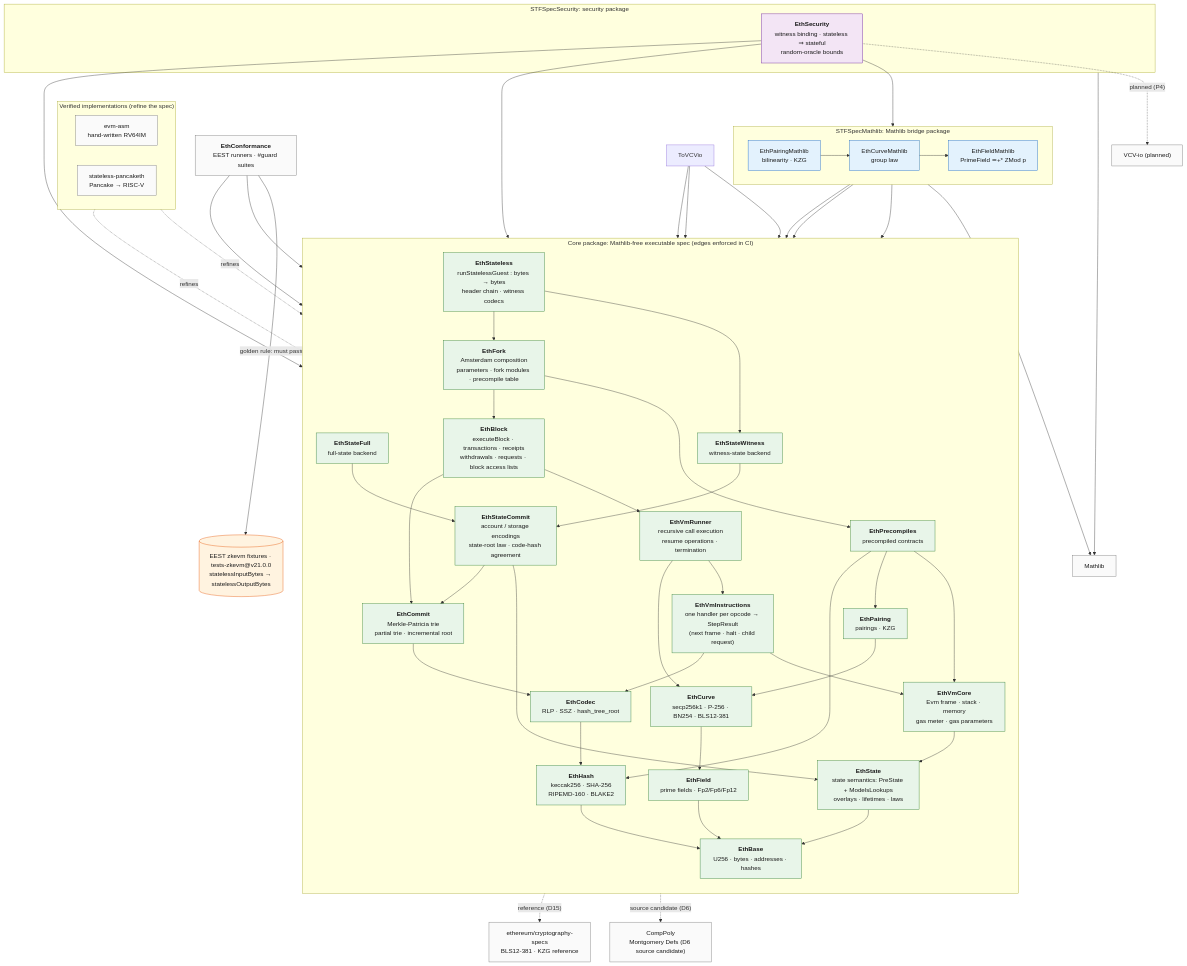
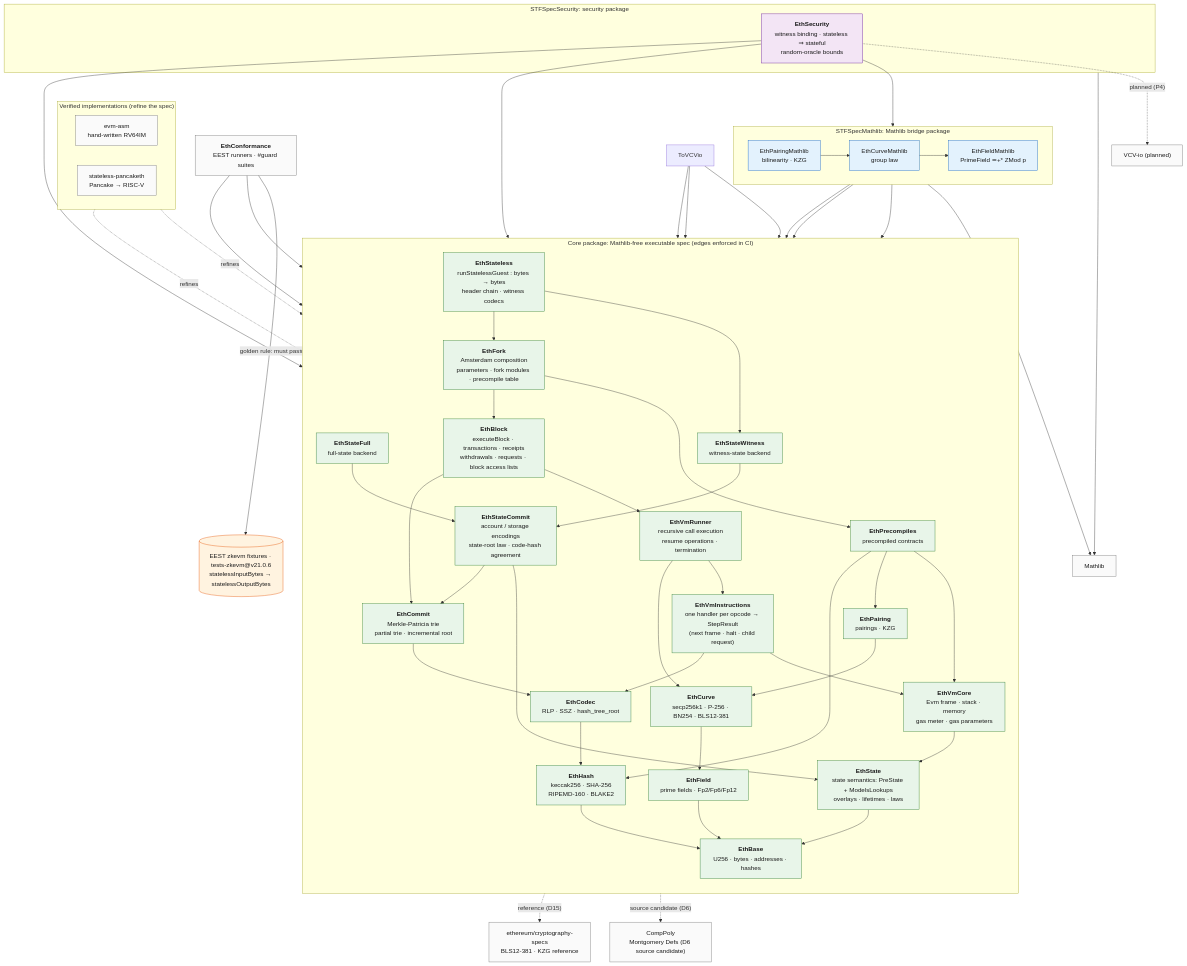
Before and after one commit to alexanderlhicks/leanerSTFSpec: the diagram in README.md, drawn with Mermaid. The commit also changed other lines of this file and 41 other files, not shown here.

```diff
--- a/README.md
+++ b/README.md
@@ -64,7 +64,7 @@
   VCV["VCV-io (planned)"]
   CompPoly["CompPoly<br/>Montgomery Defs (D6 source candidate)"]
   CryptoSpecs["ethereum/cryptography-specs<br/>BLS12-381 · KZG reference"]
-  Oracle[("EEST zkevm fixtures · tests-zkevm@v21.0.0<br/>statelessInputBytes → statelessOutputBytes")]
+  Oracle[("EEST zkevm fixtures · tests-zkevm@v21.0.6<br/>statelessInputBytes → statelessOutputBytes")]
   evmasm -. refines .-> EthStateless
   pancake -. refines .-> EthStateless
   EthHash --> EthBase
```
